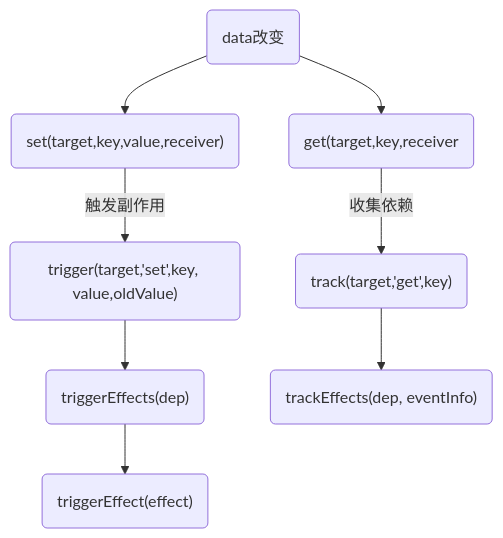
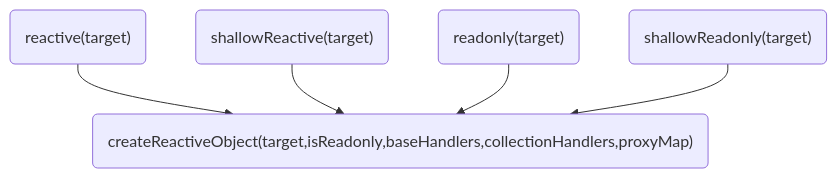
Before and after one commit to huiruo/programming-tech-website: the first of 3 diagrams in programming-tech/Vue/10-data发生改变dom更新流程.md, drawn with Mermaid. The commit also changed other lines of this file and 8 other files, not shown here.

````diff
--- a/programming-tech/Vue/10-data发生改变dom更新流程.md
+++ b/programming-tech/Vue/10-data发生改变dom更新流程.md
@@ -7,8 +298,8 @@
 ```mermaid
 flowchart TD
-A1(data改变)-->b1("set(target,key,value,receiver)")--触发副作用-->b4("trigger(target,'set',key, value,oldValue)")-->b5("triggerEffects(dep)")-->b6("triggerEffect(effect)")
-
-A1-->b2("get(target,key,receiver")--收集依赖-->b3("track(target,'get',key)")
-
-b3-->b7("trackEffects(dep, eventInfo)")
+b1("reactive(target)")-->A1
+b2("shallowReactive(target)")-->A1
+b3("readonly(target)")-->A1
+b4("shallowReadonly(target)")-->A1
+A1("createReactiveObject(target,isReadonly,baseHandlers,collectionHandlers,proxyMap)")
 ```
````
